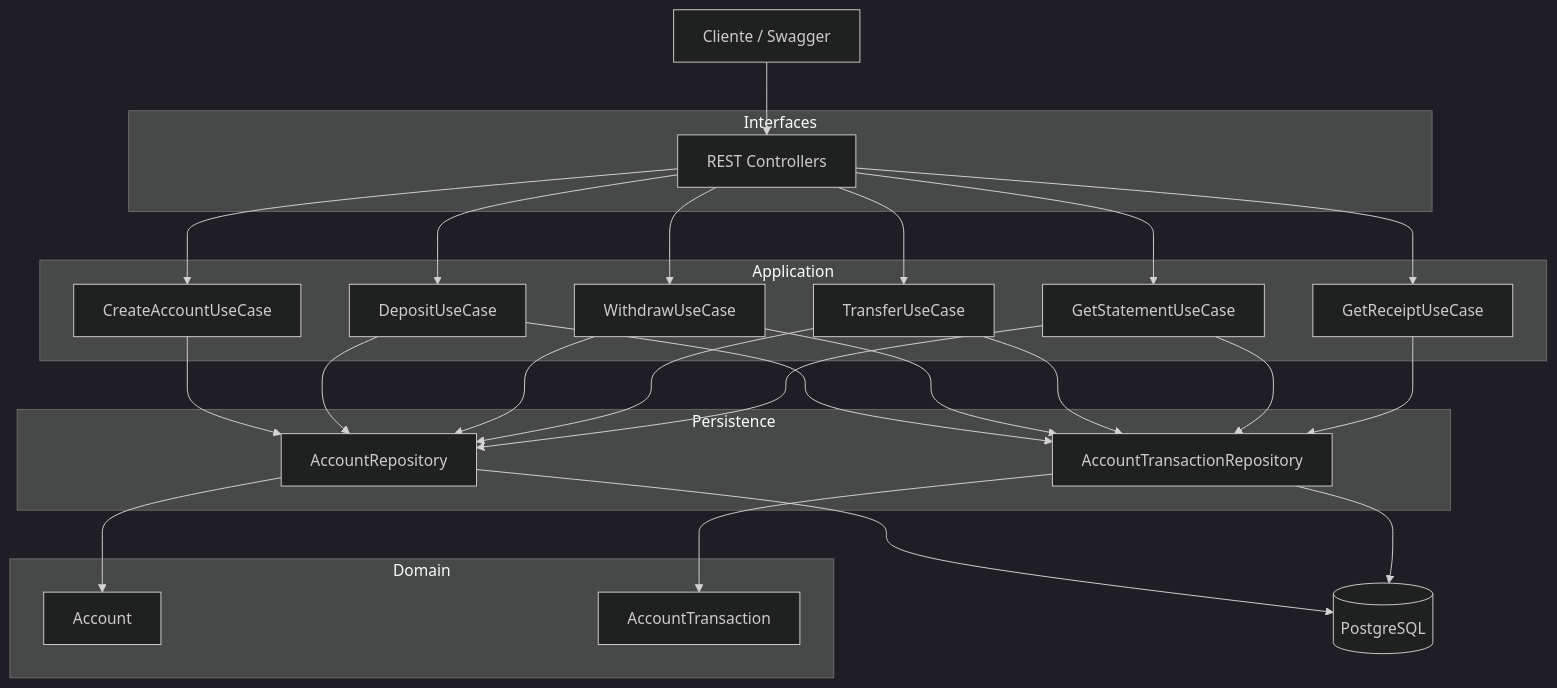
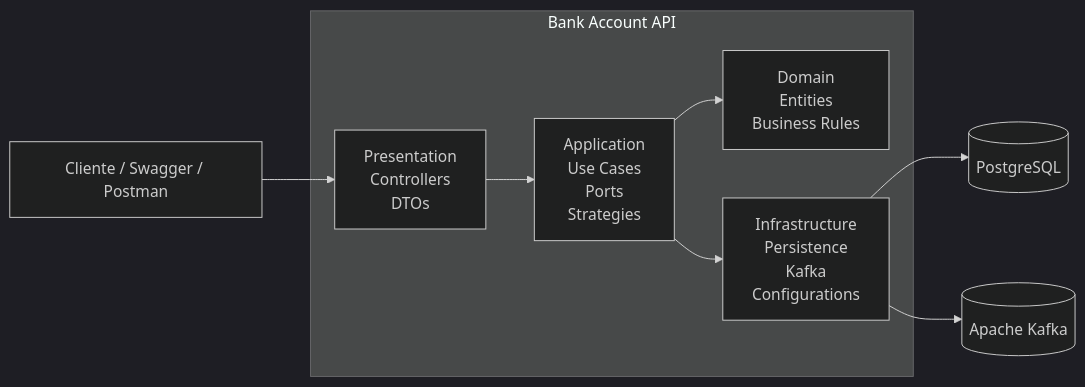
The first of 2 diagrams in README.md (RafaelBernardinelli/Bank-Account-Api), drawn with Mermaid (dark theme) before and after one commit. The commit also changed other lines of this file, not shown here.

````diff
--- a/README.md
+++ b/README.md
@@ -89,61 +92,43 @@
 ```mermaid
-flowchart TD
+flowchart LR
 
-    Client["Cliente / Swagger"]
+Client["Cliente / Swagger / Postman"]
 
-    Client --> Controller
+subgraph API["Bank Account API"]
 
-    subgraph Interfaces
-        Controller["REST Controllers"]
-    end
+Presentation["Presentation
+Controllers
+DTOs"]
 
-    subgraph Application
-        UC1["CreateAccountUseCase"]
-        UC2["DepositUseCase"]
-        UC3["WithdrawUseCase"]
-        UC4["TransferUseCase"]
-        UC5["GetStatementUseCase"]
-        UC6["GetReceiptUseCase"]
-    end
+Application["Application
+Use Cases
+Ports
+Strategies"]
 
-    subgraph Domain
-        Account["Account"]
-        Transaction["AccountTransaction"]
-    end
+Domain["Domain
+Entities
+Business Rules"]
 
-    subgraph Persistence
-        Repo1["AccountRepository"]
-        Repo2["AccountTransactionRepository"]
-    end
+Infrastructure["Infrastructure
+Persistence
+Kafka
+Configurations"]
 
-    Database[(PostgreSQL)]
+end
 
-    Controller --> UC1
-    Controller --> UC2
-    Controller --> UC3
-    Controller --> UC4
-    Controller --> UC5
-    Controller --> UC6
+Database[(PostgreSQL)]
 
-    UC1 --> Repo1
+Kafka[(Apache Kafka)]
 
-    UC2 --> Repo1
-    UC2 --> Repo2
+Client --> Presentation
 
-    UC3 --> Repo1
-    UC3 --> Repo2
+Presentation --> Application
 
-    UC4 --> Repo1
-    UC4 --> Repo2
+Application --> Domain
 
-    UC5 --> Repo1
-    UC5 --> Repo2
+Application --> Infrastructure
 
-    UC6 --> Repo2
+Infrastructure --> Database
 
-    Repo1 --> Account
-    Repo2 --> Transaction
-
-    Repo1 --> Database
-    Repo2 --> Database
+Infrastructure --> Kafka
 ```
````
